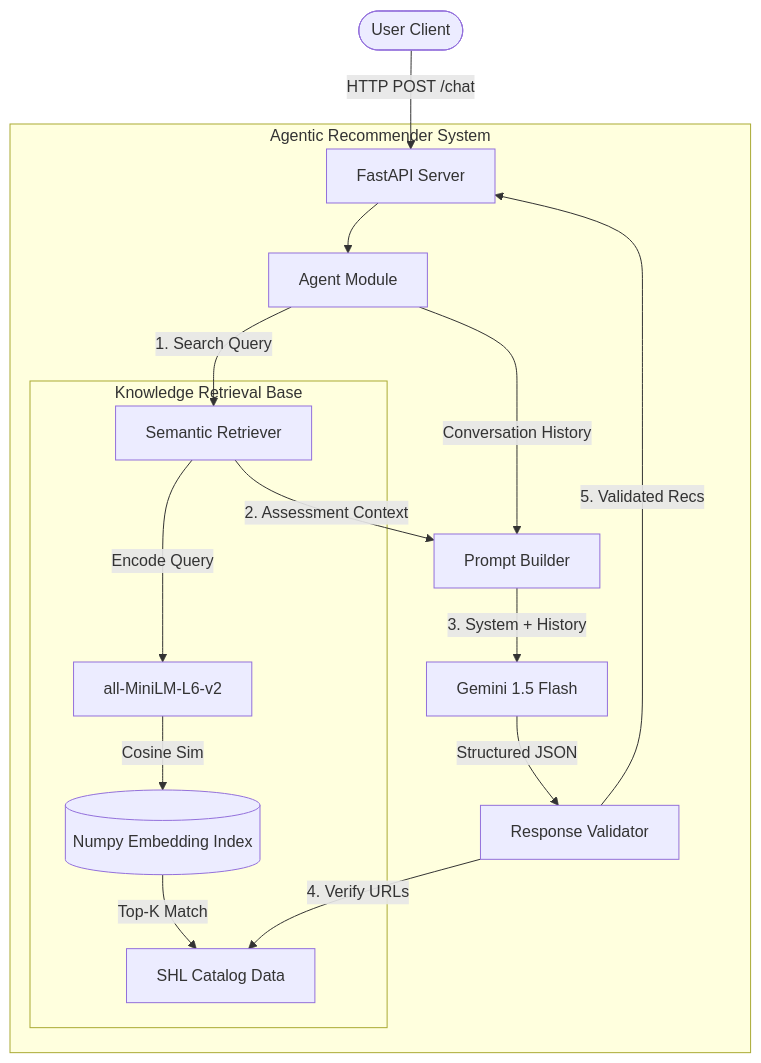
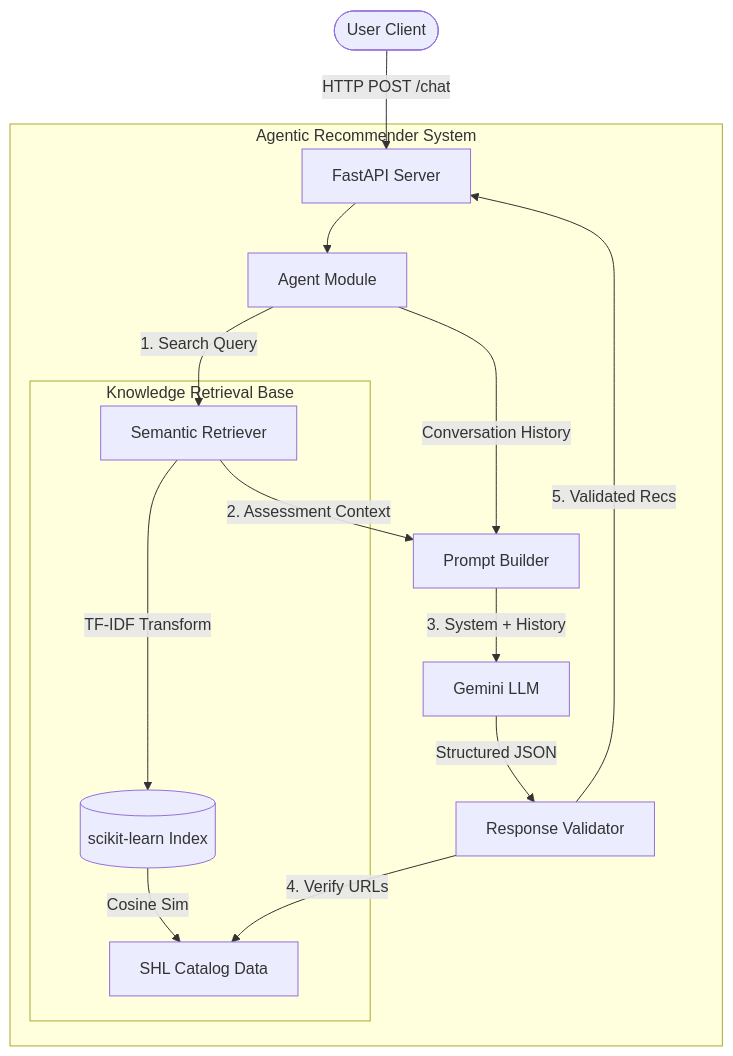
One commit to rishii100/Conversational-Assessment-Recommender changed the diagram in README.md. Above: the diagram before and after it, drawn with Mermaid. The commit also changed other lines of this file and 1 other file, not shown here.

Commit message:
docs: Update architecture diagram and configuration for TF-IDF

````diff
--- a/README.md
+++ b/README.md
@@ -9,25 +9,24 @@
 ```mermaid
 graph TD
     User([User Client]) -->|HTTP POST /chat| FastAPI[FastAPI Server]
     
     subgraph "Agentic Recommender System"
         FastAPI --> Agent[Agent Module]
         
         Agent -->|1. Search Query| Retriever[Semantic Retriever]
         
         subgraph "Knowledge Retrieval Base"
-            Retriever -->|Encode Query| Model[all-MiniLM-L6-v2]
-            Model -->|Cosine Sim| VectorStore[(Numpy Embedding Index)]
-            VectorStore -->|Top-K Match| CatalogData[SHL Catalog Data]
+            Retriever -->|TF-IDF Transform| VectorStore[(scikit-learn Index)]
+            VectorStore -->|Cosine Sim| CatalogData[SHL Catalog Data]
         end
         
         Retriever -->|2. Assessment Context| Prompt[Prompt Builder]
         Agent -->|Conversation History| Prompt
         
-        Prompt -->|3. System + History| Gemini[Gemini 1.5 Flash]
+        Prompt -->|3. System + History| Gemini[Gemini LLM]
         Gemini -->|Structured JSON| Validator[Response Validator]
         
         Validator -->|4. Verify URLs| CatalogData
         Validator -->|5. Validated Recs| FastAPI
     end
 ```
````
